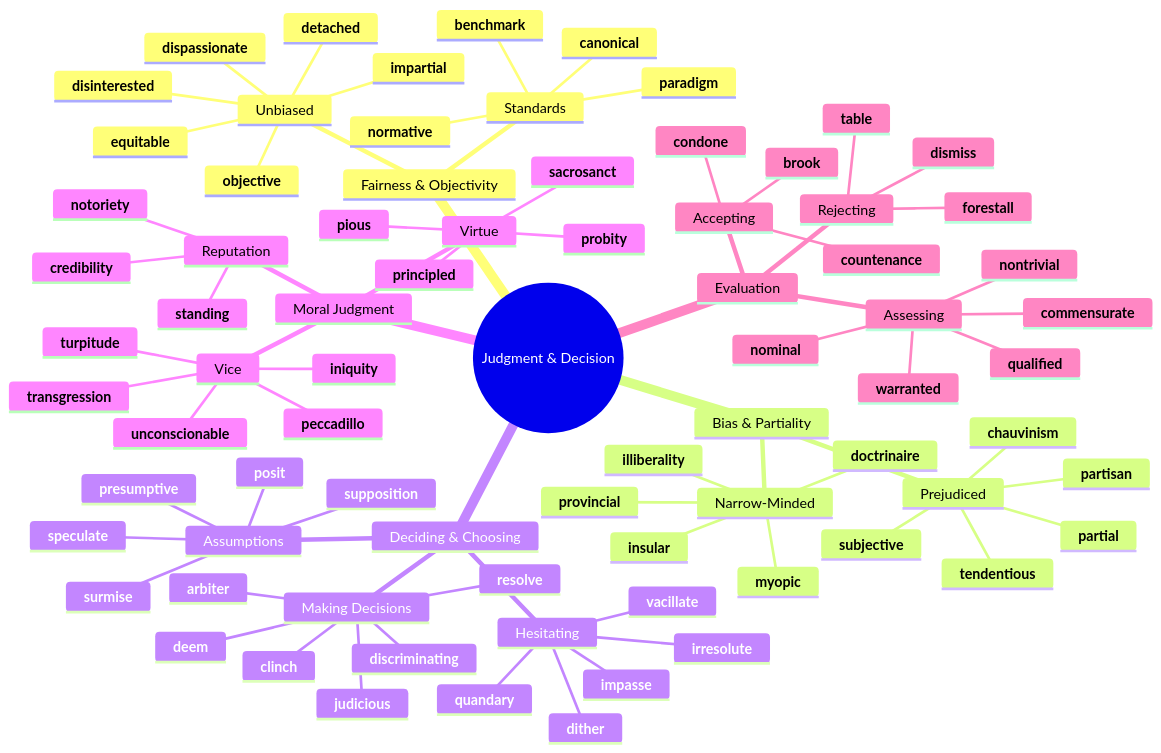
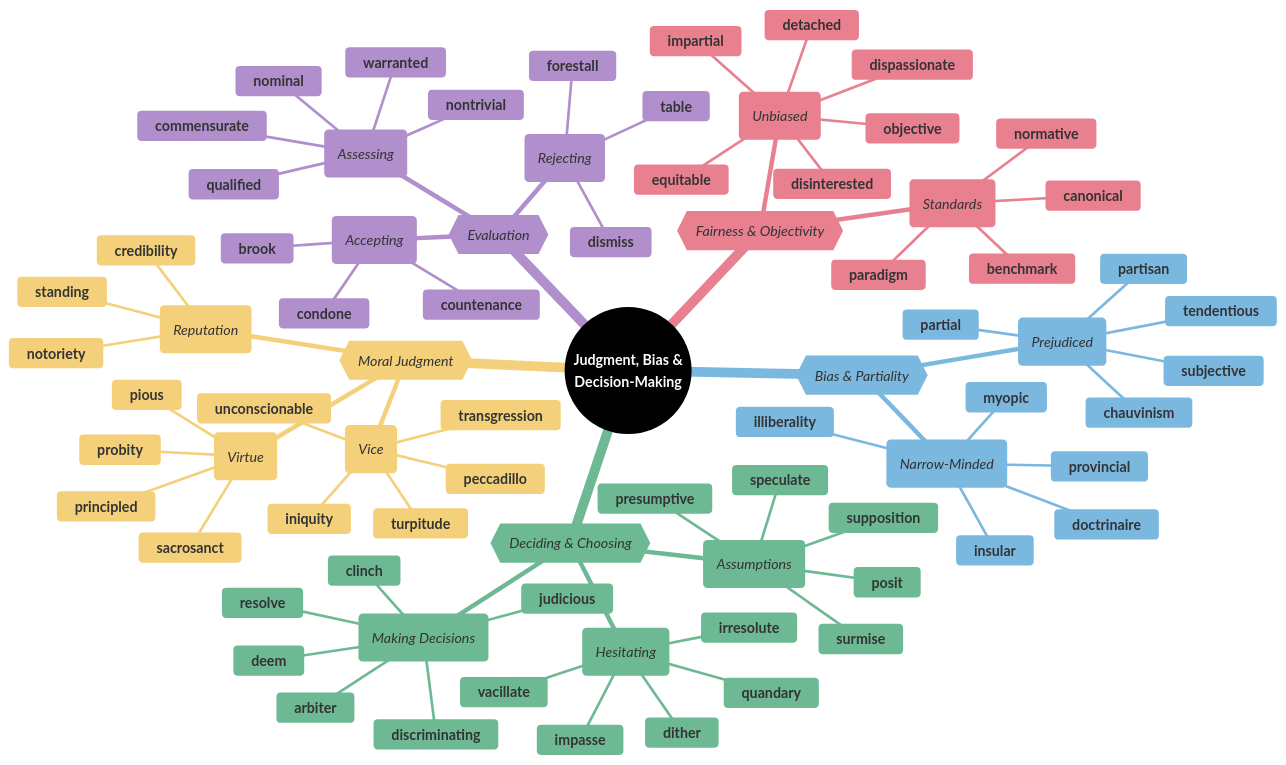
Before and after one commit to 95anantsingh/gre-preparation: the first of 7 diagrams in mindmaps/14-judgment-and-decision.md, drawn with Mermaid. The commit also changed other lines of this file and 14 other files, not shown here.

````diff
--- a/mindmaps/14-judgment-and-decision.md
+++ b/mindmaps/14-judgment-and-decision.md
@@ -5,80 +5,99 @@
 ```mermaid
+%%{
+  init: {
+    "theme": "base",
+    "themeVariables": {
+      "primaryColor": "#000000",
+      "cScale1": "#e8808f",  "cScaleInv1": "#a33445",
+      "cScale2": "#7bb8e0",  "cScaleInv2": "#266a93",
+      "cScale3": "#6db993",  "cScaleInv3": "#23543f",
+      "cScale4": "#f5d07a",  "cScaleInv4": "#c4903b",
+      "cScale5": "#b08fcc",  "cScaleInv5": "#5d3b75",
+      "cScale6": "#74dace",  "cScaleInv6": "#217d72",
+      "cScale7": "#f09570",  "cScaleInv7": "#b84112",
+      "cScale8": "#8ea8c2",  "cScaleInv8": "#32465e",
+      "cScale9": "#cc7fba",  "cScaleInv9": "#7d2868",
+      "cScale10": "#c99a78", "cScaleInv10": "#7c4e32",
+      "cScale11": "#a3a3a3", "cScaleInv11": "#3d3d3d"
+    }
+  }
+}%%
 mindmap
-  root((Judgment & Decision))
-    Fairness & Objectivity
-      Unbiased
+  root((<font color=white>**Judgment, Bias & </br>Decision-Making**</font>))
+    {{_Fairness & Objectivity_}}
+      (_Unbiased_)
         **impartial**
         **disinterested**
         **dispassionate**
         **objective**
         **detached**
         **equitable**
-      Standards
+      (_Standards_)
         **canonical**
         **paradigm**
         **normative**
         **benchmark**
-    Bias & Partiality
-      Prejudiced
+    {{_Bias & Partiality_}}
+      (_Prejudiced_)
         **partial**
         **partisan**
         **tendentious**
         **subjective**
         **chauvinism**
-      Narrow-Minded
+      (_Narrow-Minded_)
         **insular**
         **illiberality**
         **doctrinaire**
         **myopic**
         **provincial**
-    Deciding & Choosing
-      Making Decisions
+    {{_Deciding & Choosing_}}
+      (_Making Decisions_)
         **deem**
         **arbiter**
         **discriminating**
         **judicious**
         **resolve**
         **clinch**
-      Hesitating
+      (_Hesitating_)
         **vacillate**
         **irresolute**
         **quandary**
         **dither**
         **impasse**
-      Assumptions
+      (_Assumptions_)
         **presumptive**
         **supposition**
         **posit**
         **surmise**
         **speculate**
-    Moral Judgment
-      Virtue
+    {{_Moral Judgment_}}
+      (_Virtue_)
         **principled**
         **probity**
         **sacrosanct**
         **pious**
-      Vice
+      (_Vice_)
         **iniquity**
         **turpitude**
         **unconscionable**
         **peccadillo**
         **transgression**
-      Reputation
+      (_Reputation_)
         **credibility**
         **notoriety**
         **standing**
-    Evaluation
-      Assessing
+    {{_Evaluation_}}
+      (_Assessing_)
         **qualified**
         **warranted**
         **commensurate**
         **nominal**
         **nontrivial**
-      Accepting
+      (_Accepting_)
         **condone**
         **countenance**
         **brook**
-      Rejecting
+      (_Rejecting_)
         **dismiss**
         **table**
         **forestall**
````
